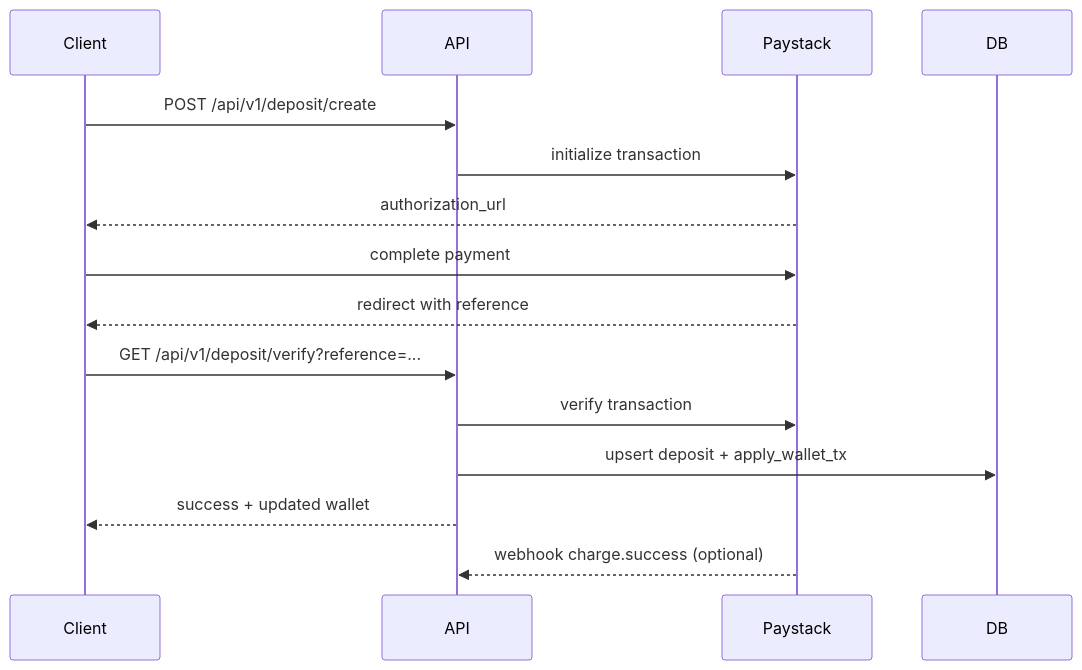
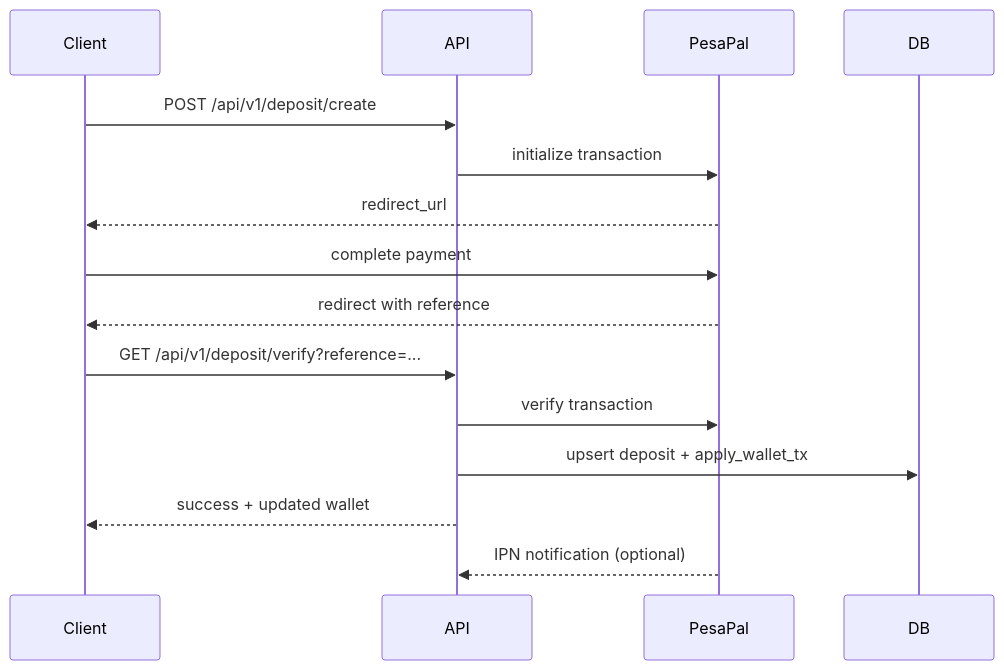
One commit to creativekeagency254-collab/scm-main changed the fourth of 8 diagrams in EDDISON_FLOW.md. Above: the diagram before and after it, drawn with Mermaid. The commit also changed other lines of this file and 9 other files, not shown here.

````diff
--- a/EDDISON_FLOW.md
+++ b/EDDISON_FLOW.md
@@ -126,17 +126,17 @@
 ```mermaid
 sequenceDiagram
   participant Client
   participant API
-  participant Paystack
+  participant PesaPal
   participant DB
   Client->>API: POST /api/v1/deposit/create
-  API->>Paystack: initialize transaction
-  Paystack-->>Client: authorization_url
-  Client->>Paystack: complete payment
-  Paystack-->>Client: redirect with reference
+  API->>PesaPal: initialize transaction
+  PesaPal-->>Client: redirect_url
+  Client->>PesaPal: complete payment
+  PesaPal-->>Client: redirect with reference
   Client->>API: GET /api/v1/deposit/verify?reference=...
-  API->>Paystack: verify transaction
+  API->>PesaPal: verify transaction
   API->>DB: upsert deposit + apply_wallet_tx
   API-->>Client: success + updated wallet
-  Paystack-->>API: webhook charge.success (optional)
+  PesaPal-->>API: IPN notification (optional)
 ```
````
